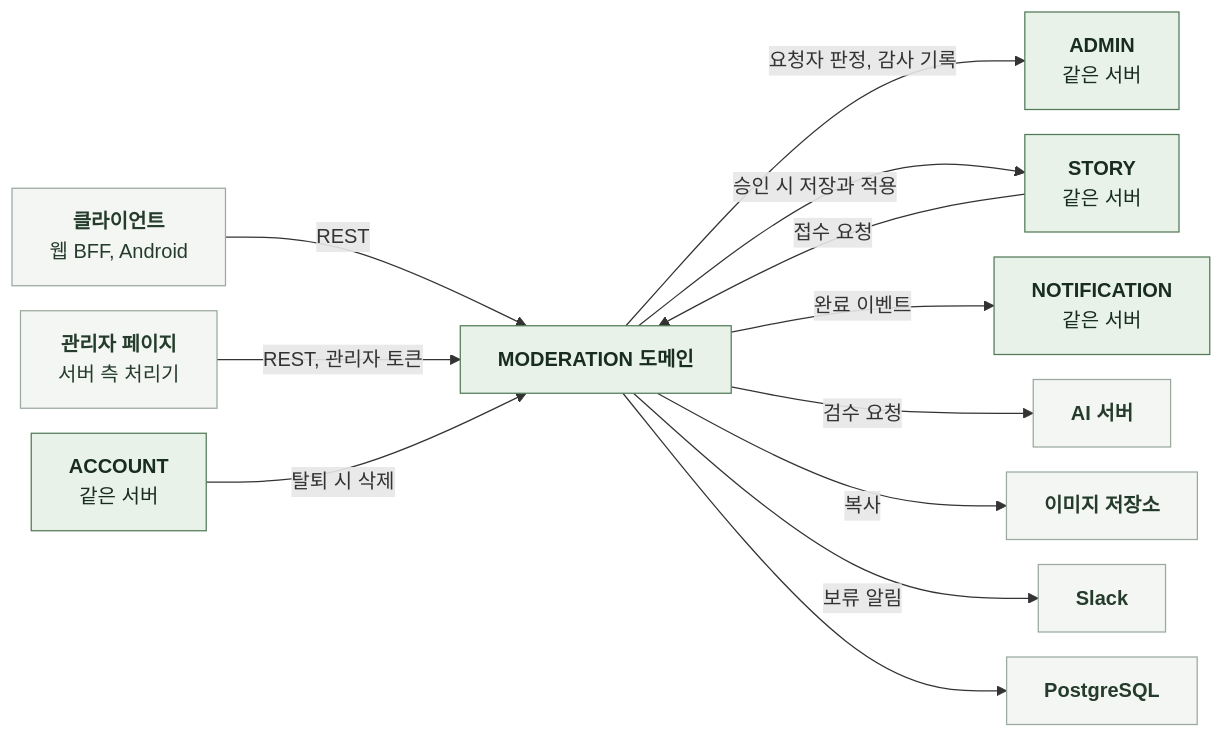
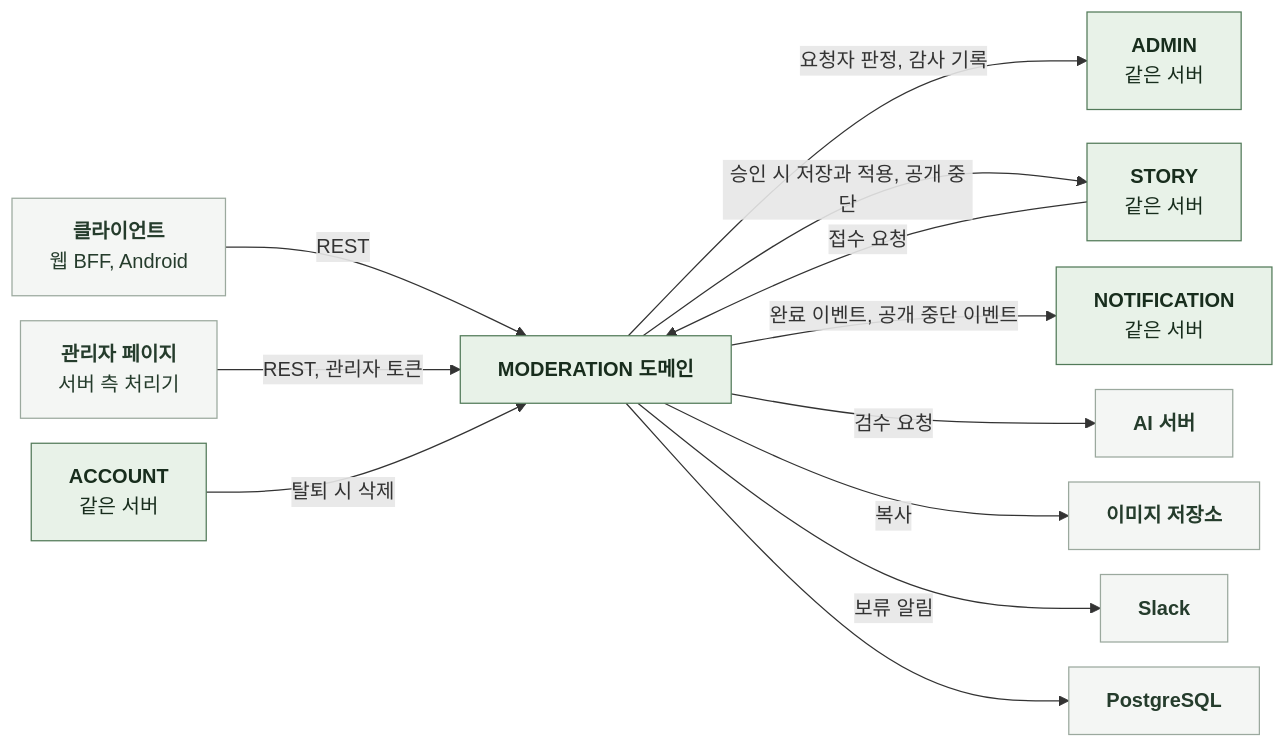
The diagram in docs/domain/MODERATION/BACKEND/3-1-SOFTWARE-ARCHITECTURE.md (KIM-N-KANG/knk-harness), drawn with Mermaid before and after one commit. The commit also changed other lines of this file and 42 other files, not shown here.

````diff
--- a/docs/domain/MODERATION/BACKEND/3-1-SOFTWARE-ARCHITECTURE.md
+++ b/docs/domain/MODERATION/BACKEND/3-1-SOFTWARE-ARCHITECTURE.md
@@ -22,25 +22,25 @@
 ```mermaid
 %%{init: {"flowchart": {"curve": "basis", "nodeSpacing": 20, "rankSpacing": 60}}}%%
 flowchart LR
     C["`**클라이언트**
 웹 BFF, Android`"] -->|REST| S["`**MODERATION 도메인**`"]
     AP["`**관리자 페이지**
 서버 측 처리기`"] -->|REST, 관리자 토큰| S
     S -->|요청자 판정, 감사 기록| AD["`**ADMIN**
 같은 서버`"]
     O["`**STORY**
 같은 서버`"] -->|접수 요청| S
-    S -->|승인 시 저장과 적용| O
+    S -->|승인 시 저장과 적용, 공개 중단| O
     A["`**ACCOUNT**
 같은 서버`"] -->|탈퇴 시 삭제| S
-    S -->|완료 이벤트| N["`**NOTIFICATION**
+    S -->|완료 이벤트, 공개 중단 이벤트| N["`**NOTIFICATION**
 같은 서버`"]
     S -->|검수 요청| AI["`**AI 서버**`"]
     S -->|복사| IMG["`**이미지 저장소**`"]
     S -->|보류 알림| SL["`**Slack**`"]
     S --> DB["`**PostgreSQL**`"]
     classDef ext fill:#F4F6F4,stroke:#9BA99E,color:#253C2C
     classDef comp fill:#E8F2E8,stroke:#527A59,color:#182D1D
     class C,AP,AI,IMG,SL,DB ext
     class S,O,A,N,AD comp
 ```
````
